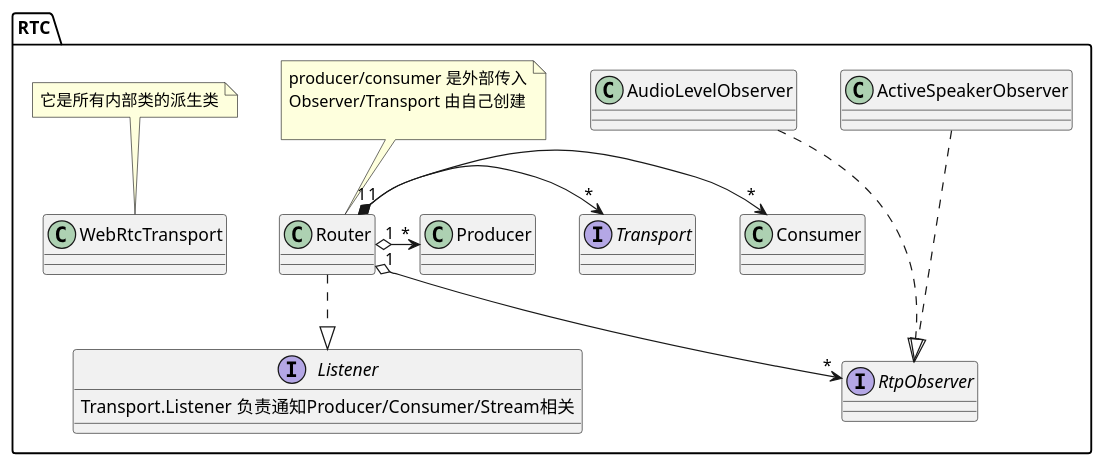
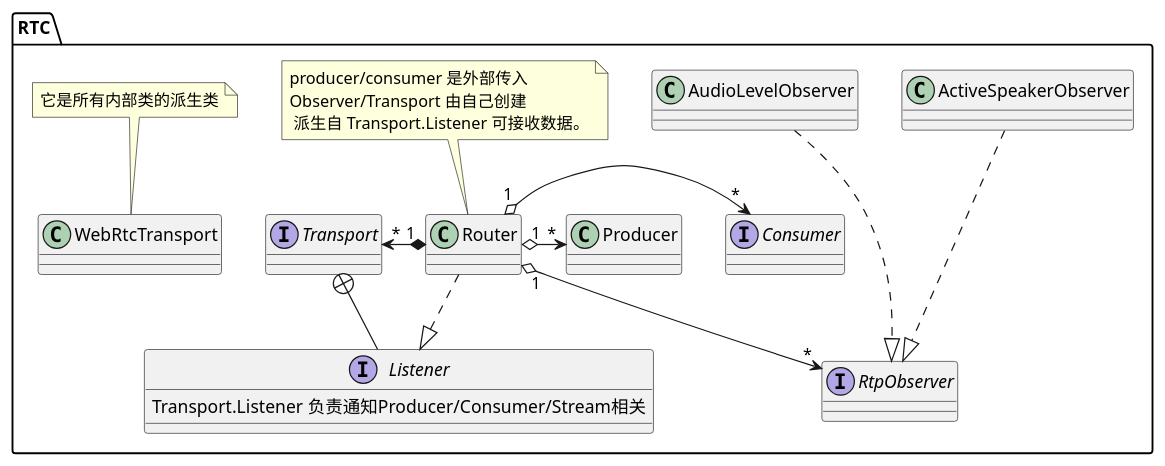
One commit to mingxin505/webrtcNote changed the third of 11 diagrams in mediasoup/worker.md. Above: the diagram before and after it, drawn with PlantUML. The commit also changed other lines of this file and 1 other file, not shown here.

````diff
--- a/mediasoup/worker.md
+++ b/mediasoup/worker.md
@@ -66,24 +67,26 @@
 ```plantuml
 @startuml
 namespace RTC {
     interface RtpObserver
     interface Transport
+    interface Consumer
     interface Listener {
         Transport.Listener 负责通知Producer/Consumer/Stream相关
     }
+    Transport +-- Listener
     ActiveSpeakerObserver ...|> RtpObserver
     AudioLevelObserver ...|> RtpObserver
 
 
     Router ..|> Listener
     Router "1" *-> "*" Transport
     Router "1" o-> "*" Producer
     Router "1" o-> "*" Consumer
     Router "1" o--> "*" RtpObserver
-    note "producer/consumer 是外部传入\nObserver/Transport 由自己创建\n " as N1 
+    note "producer/consumer 是外部传入\nObserver/Transport 由自己创建\n 派生自 Transport.Listener 可接收数据。" as N1 
     N1 .. Router
     note "它是所有内部类的派生类" as N2
     N2 .. WebRtcTransport
 }
 @enduml
 ```
````
